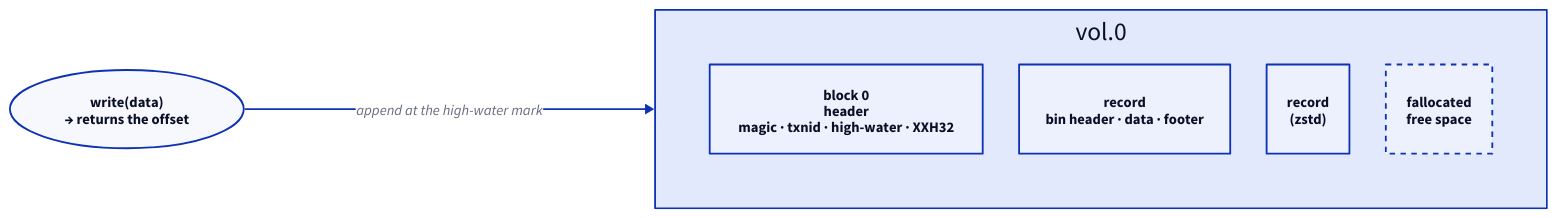
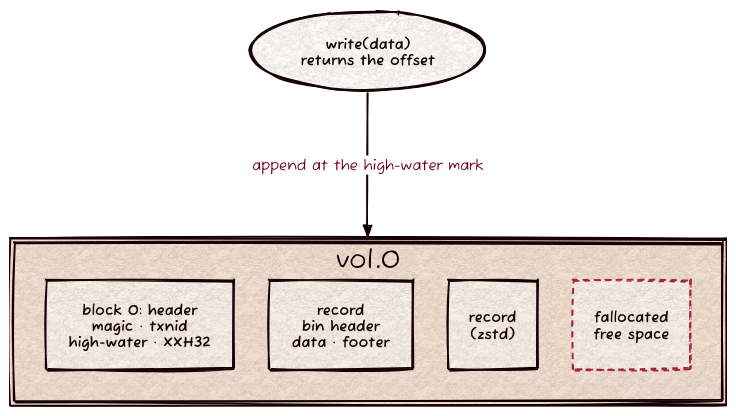
Before and after one commit to Kronuz/storage: the diagram in docs/storage.d2, drawn with D2. The commit also changed 3 other files, not shown here.

First line of the commit message:
Shape the README to the family standard; fit the diagram to 831x485 [skip ci]

```diff
--- a/docs/storage.d2
+++ b/docs/storage.d2
@@ -1,11 +1,13 @@
 # storage: one volume file. Render: d2 --layout elk --sketch --theme 302 docs/storage.d2 docs/storage.svg
-direction: right
-w: "write(data)\n→ returns the offset" {shape: oval}
+vars: { d2-config: { layout-engine: elk; theme-id: 302; sketch: true; pad: 24 } }
+direction: down
+w: "write(data)\nreturns the offset" {shape: oval}
 volume: "vol.0" {
   grid-columns: 4
-  h: "block 0\nheader\nmagic · txnid · high-water · XXH32"
-  r1: "record\nbin header · data · footer"
+  grid-gap: 40
+  h: "block 0: header\nmagic · txnid\nhigh-water · XXH32"
+  r1: "record\nbin header\ndata · footer"
   r2: "record\n(zstd)"
   free: "fallocated\nfree space" {style.stroke-dash: 3}
 }
 w -> volume: "append at the high-water mark"
```
